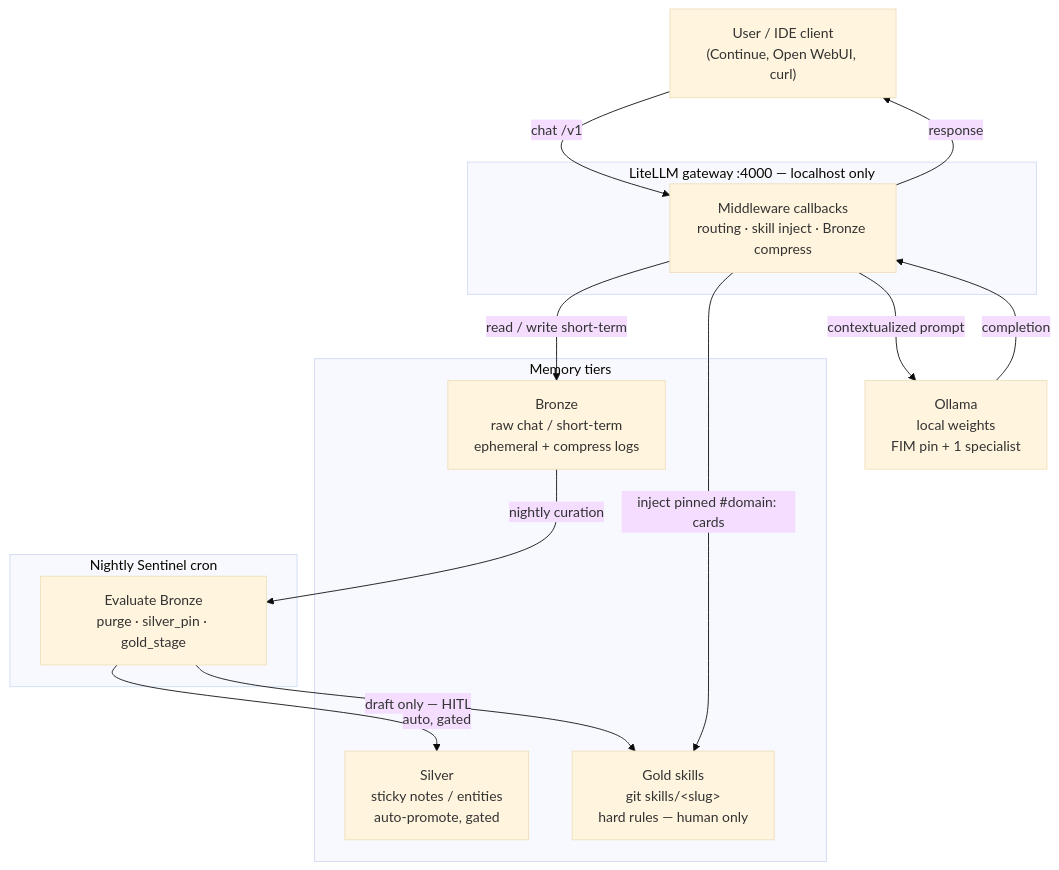
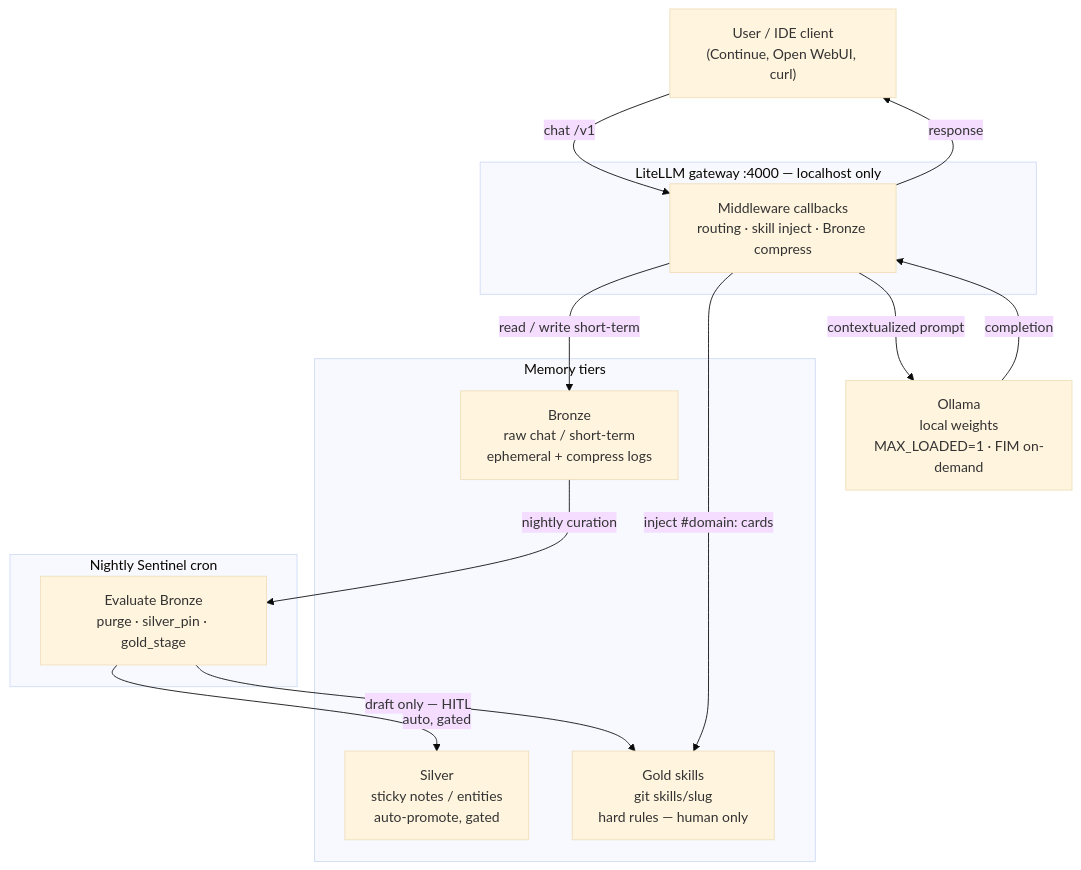
The diagram in docs/architecture.md (cad2040/alfred-homelab), drawn with Mermaid (base theme) before and after one commit. The commit also changed other lines of this file and 43 other files, not shown here.

````diff
--- a/docs/architecture.md
+++ b/docs/architecture.md
@@ -22,31 +27,31 @@
 ```mermaid
 flowchart TB
   U["User / IDE client<br/>(Continue, Open WebUI, curl)"]
 
   subgraph GATE["LiteLLM gateway :4000 — localhost only"]
     MW["Middleware callbacks<br/>routing · skill inject · Bronze compress"]
   end
 
   subgraph MEM["Memory tiers"]
     B["Bronze<br/>raw chat / short-term<br/>ephemeral + compress logs"]
     S["Silver<br/>sticky notes / entities<br/>auto-promote, gated"]
-    G["Gold skills<br/>git skills/&lt;slug&gt;<br/>hard rules — human only"]
+    G["Gold skills<br/>git skills/slug<br/>hard rules — human only"]
   end
 
   subgraph CRON["Nightly Sentinel cron"]
     N["Evaluate Bronze<br/>purge · silver_pin · gold_stage"]
   end
 
-  OLL["Ollama<br/>local weights<br/>FIM pin + 1 specialist"]
+  OLL["Ollama<br/>local weights<br/>MAX_LOADED=1 · FIM on-demand"]
 
   U -->|"chat /v1"| MW
   MW -->|"read / write short-term"| B
-  MW -->|"inject pinned #domain: cards"| G
+  MW -->|"inject #domain: cards"| G
   MW -->|"contextualized prompt"| OLL
   OLL -->|"completion"| MW
   MW -->|"response"| U
 
   B -->|"nightly curation"| N
   N -->|"auto, gated"| S
   N -->|"draft only — HITL"| G
 ```
````
